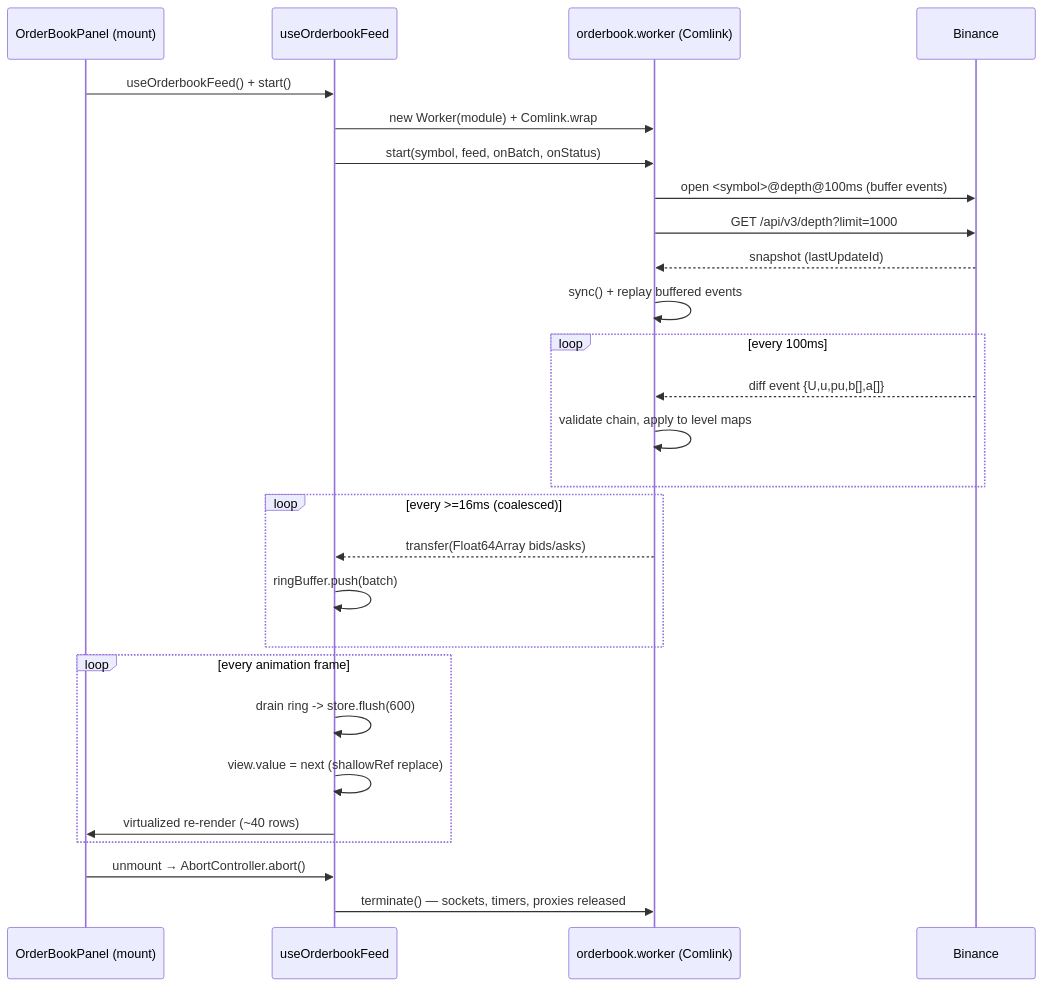
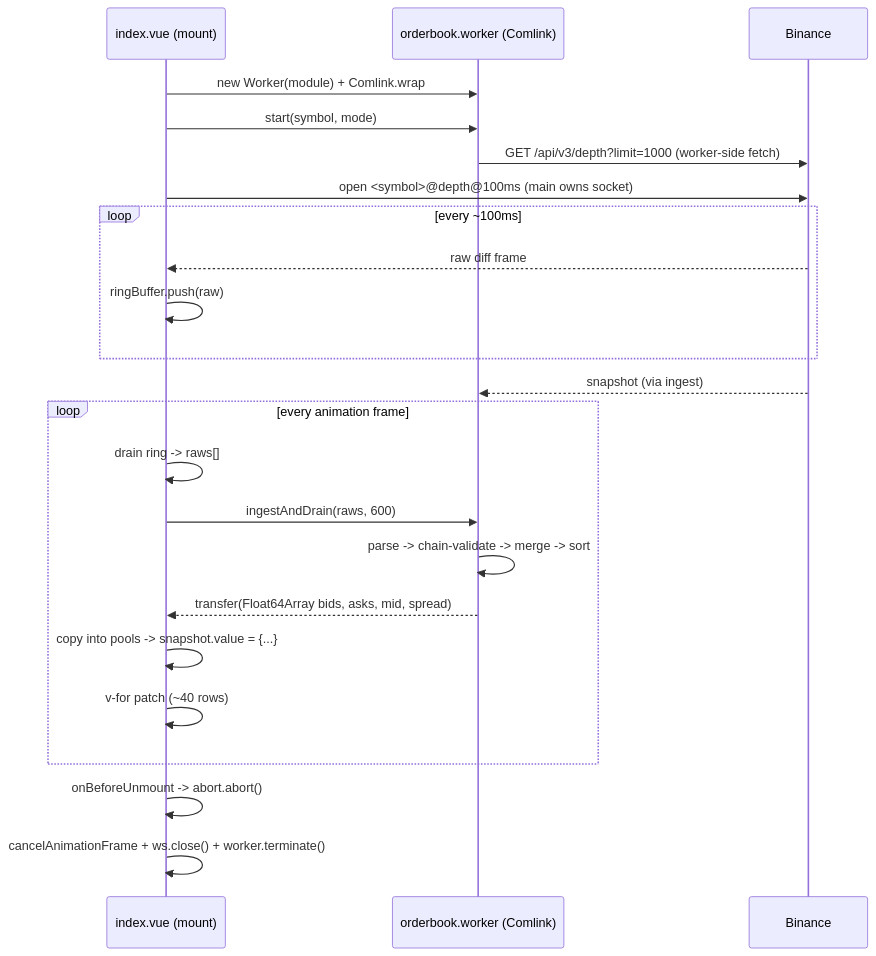
The second of 2 diagrams in README.md (morteza-front-end/orderbook-render-engine), drawn with Mermaid before and after one commit. The commit also changed other lines of this file and 27 other files, not shown here.

First line of the commit message:
refactor(orderbook): move diff engine to worker with raw frame pipeline

````diff
--- a/README.md
+++ b/README.md
@@ -39,30 +41,26 @@
 ```mermaid
 sequenceDiagram
-    participant UI as OrderBookPanel (mount)
-    participant C as useOrderbookFeed
+    participant M as index.vue (mount)
     participant W as orderbook.worker (Comlink)
     participant B as Binance
 
-    UI->>C: useOrderbookFeed() + start()
-    C->>W: new Worker(module) + Comlink.wrap
-    C->>W: start(symbol, feed, onBatch, onStatus)
-    W->>B: open <symbol>@depth@100ms (buffer events)
-    W->>B: GET /api/v3/depth?limit=1000
-    B-->>W: snapshot (lastUpdateId)
-    W->>W: sync() + replay buffered events
-    loop every 100ms
-        B-->>W: diff event {U,u,pu,b[],a[]}
-        W->>W: validate chain, apply to level maps
+    M->>W: new Worker(module) + Comlink.wrap
+    M->>W: start(symbol, mode)
+    W->>B: GET /api/v3/depth?limit=1000 (worker-side fetch)
+    M->>B: open <symbol>@depth@100ms (main owns socket)
+    loop every ~100ms
+        B-->>M: raw diff frame
+        M->>M: ringBuffer.push(raw)
     end
-    loop every >=16ms (coalesced)
-        W-->>C: transfer(Float64Array bids/asks)
-        C->>C: ringBuffer.push(batch)
+    B-->>W: snapshot (via ingest)
+    loop every animation frame
+        M->>M: drain ring -> raws[]
+        M->>W: ingestAndDrain(raws, 600)
+        W->>W: parse -> chain-validate -> merge -> sort
+        W-->>M: transfer(Float64Array bids, asks, mid, spread)
+        M->>M: copy into pools -> snapshot.value = {...}
+        M->>M: v-for patch (~40 rows)
     end
-    loop every animation frame
-        C->>C: drain ring -> store.flush(600)
-        C->>C: view.value = next (shallowRef replace)
-        C->>UI: virtualized re-render (~40 rows)
-    end
-    UI->>C: unmount → AbortController.abort()
-    C->>W: terminate() — sockets, timers, proxies released
+    M->>M: onBeforeUnmount -> abort.abort()
+    M->>M: cancelAnimationFrame + ws.close() + worker.terminate()
 ```
````
